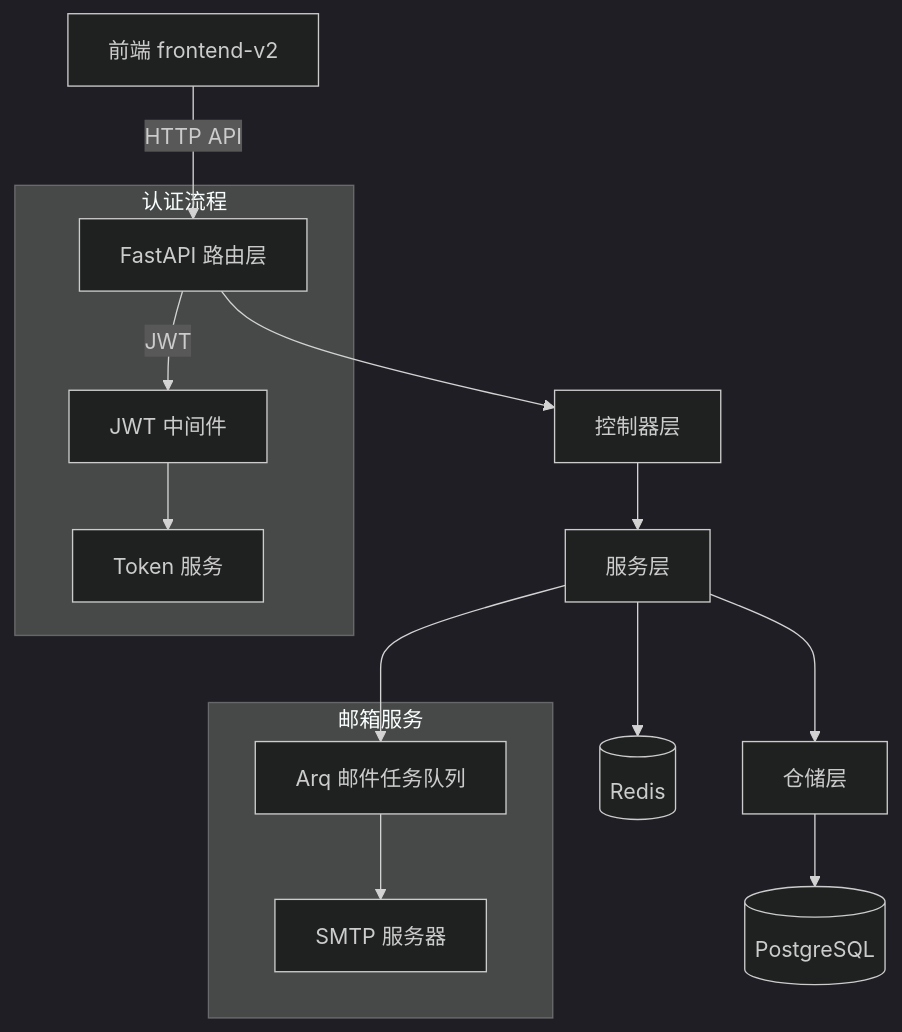
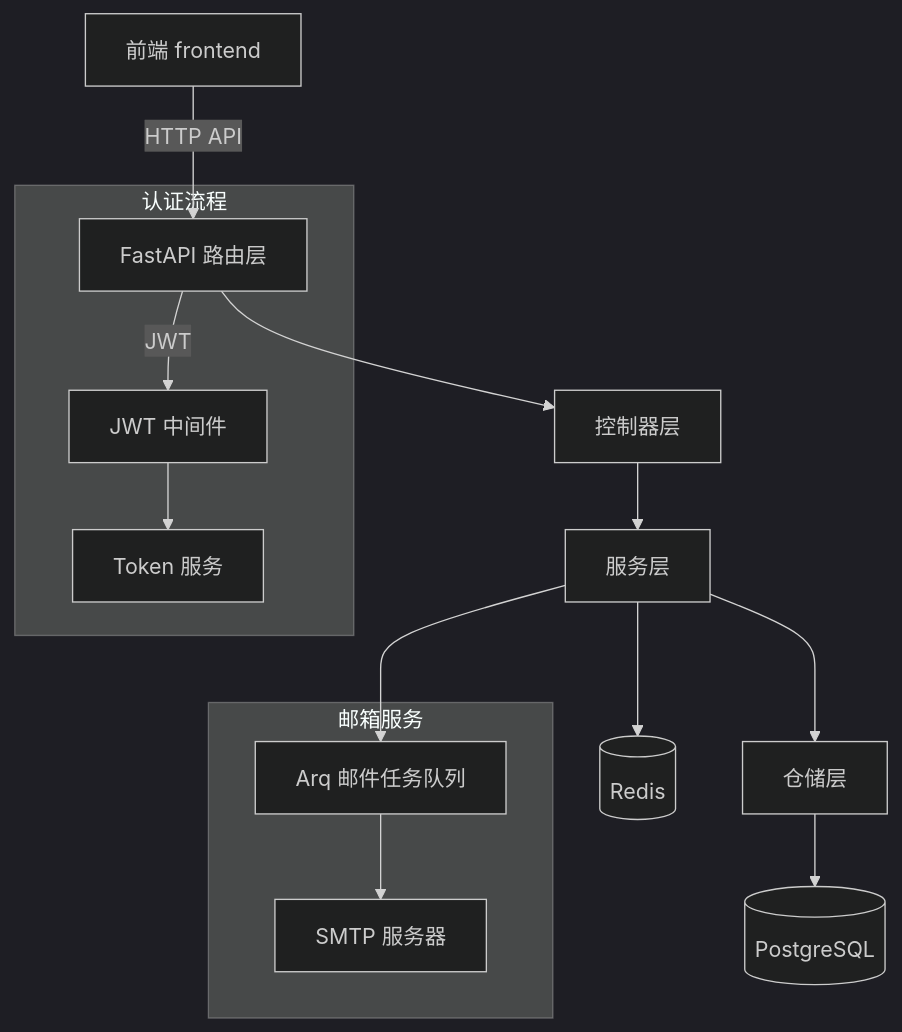
One commit to zhanpoint/dream-log changed the diagram in .cursor/plans/后端_认证系统.plan.md. Above: the diagram before and after it, drawn with Mermaid (dark theme). The commit also changed other lines of this file and 139 other files, not shown here.

````diff
--- a/.cursor/plans/后端_认证系统.plan.md
+++ b/.cursor/plans/后端_认证系统.plan.md
@@ -5,19 +5,19 @@
 ```mermaid
 flowchart TD
-    Client[前端 frontend-v2] -->|HTTP API| Router[FastAPI 路由层]
+    Client[前端 frontend] -->|HTTP API| Router[FastAPI 路由层]
     Router --> Controller[控制器层]
     Controller --> Service[服务层]
     Service --> Repository[仓储层]
     Repository --> DB[(PostgreSQL)]
     Service --> Cache[(Redis)]
     Service --> ArqWorker[Arq 邮件任务队列]
     
     subgraph 认证流程
         Router --> |JWT| AuthMiddleware[JWT 中间件]
         AuthMiddleware --> TokenService[Token 服务]
     end
     
     subgraph 邮箱服务
         ArqWorker --> SMTP[SMTP 服务器]
     end
 ```
````
